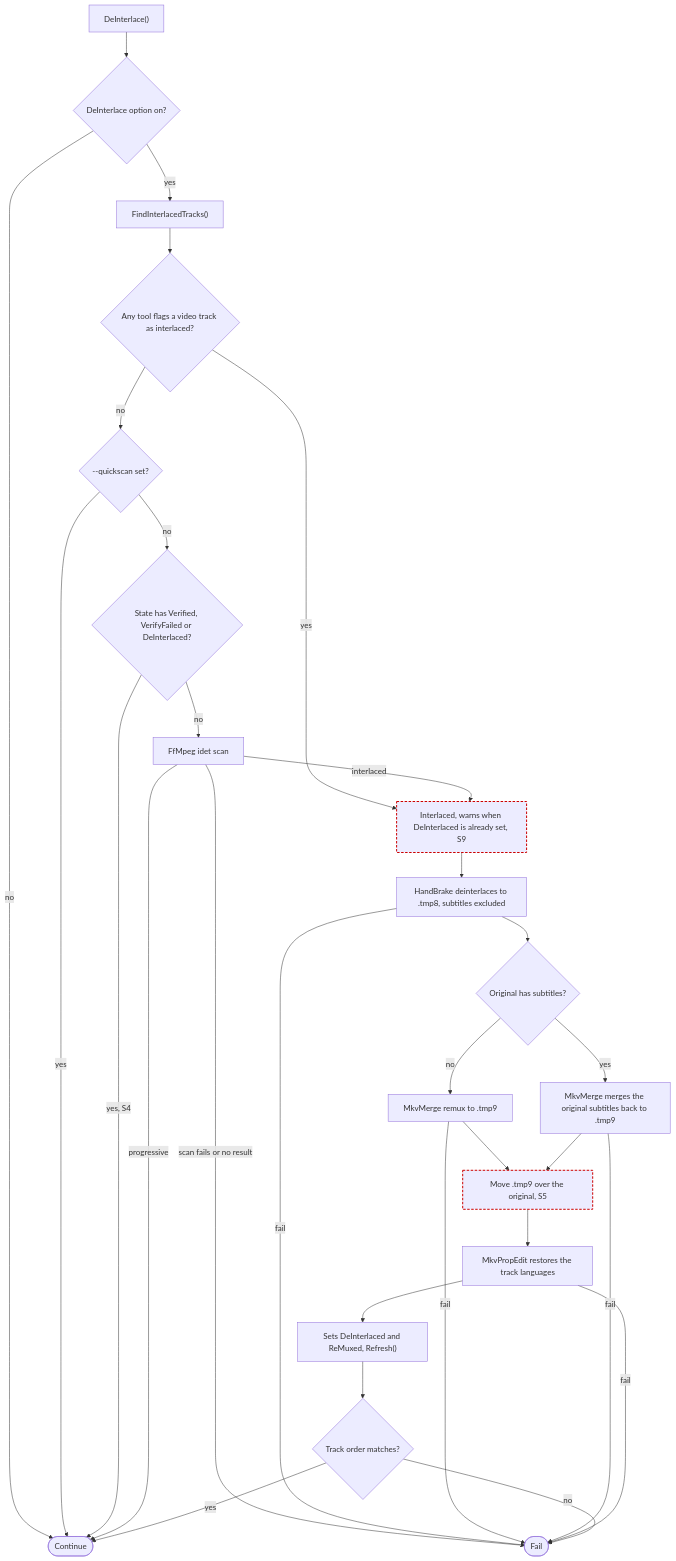
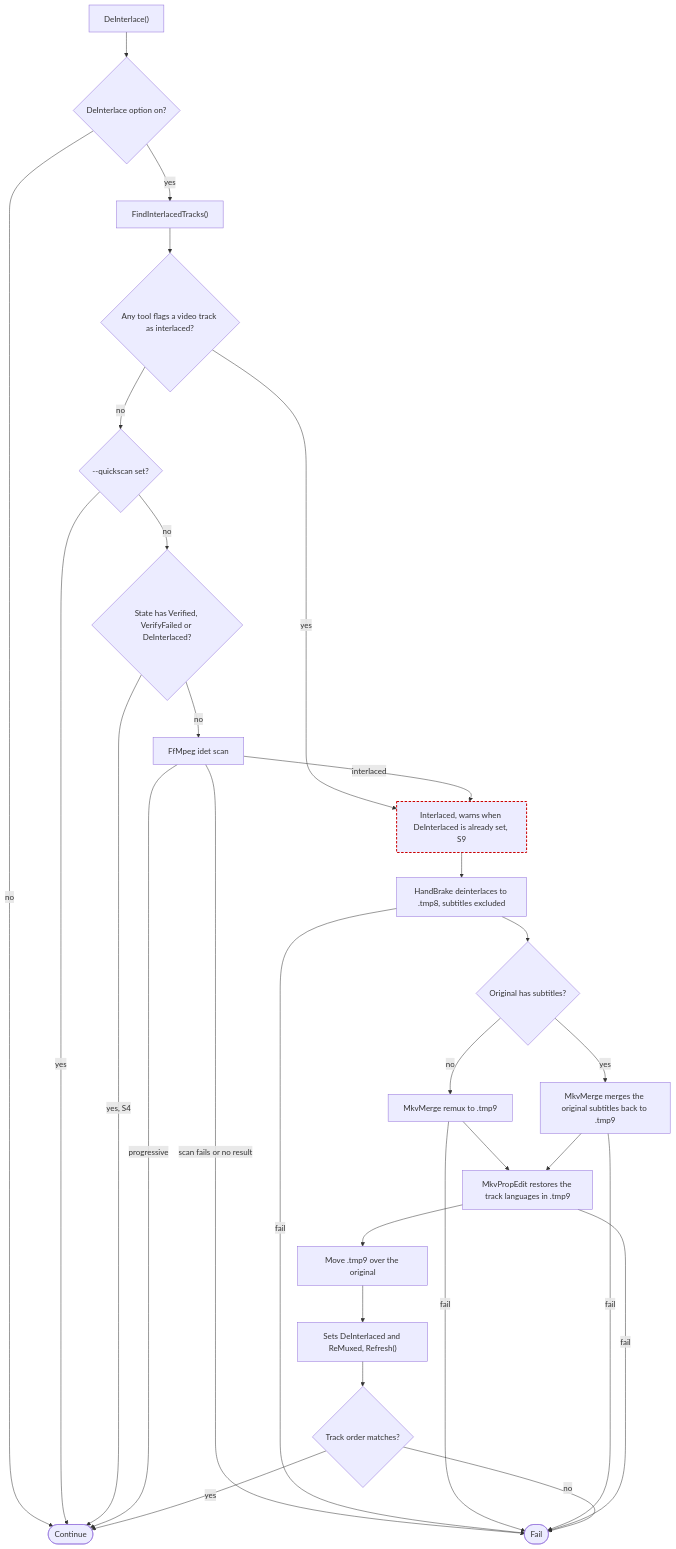
One commit to ptr727/PlexCleaner changed the eighth of 11 diagrams in ARCHITECTURE.md. Above: the diagram before and after it, drawn with Mermaid. The commit also changed other lines of this file and 6 other files, not shown here.

````diff
--- a/ARCHITECTURE.md
+++ b/ARCHITECTURE.md
@@ -544,32 +544,32 @@
 ```mermaid
 flowchart TD
   A0["DeInterlace()"] --> A1{"DeInterlace option on?"}
   A1 -->|no| AOK(["Continue"])
   A1 -->|yes| F0["FindInterlacedTracks()"]
   F0 --> F1{"Any tool flags a video track as interlaced?"}
   F1 -->|yes| FOUND
   F1 -->|no| F2{"--quickscan set?"}
   F2 -->|yes| AOK
   F2 -->|no| F3{"State has Verified, VerifyFailed or DeInterlaced?"}
   F3 -->|"yes, S4"| AOK
   F3 -->|no| F4["FfMpeg idet scan"]
   F4 -->|"scan fails or no result"| FAIL(["Fail"])
   F4 -->|progressive| AOK
   F4 -->|interlaced| FOUND["Interlaced, warns when DeInterlaced is already set, S9"]:::suspect
   FOUND --> D1["HandBrake deinterlaces to .tmp8, subtitles excluded"]
   D1 -->|fail| FAIL
   D1 --> D2{"Original has subtitles?"}
   D2 -->|no| D3["MkvMerge remux to .tmp9"]
   D2 -->|yes| D4["MkvMerge merges the original subtitles back to .tmp9"]
   D3 -->|fail| FAIL
   D4 -->|fail| FAIL
-  D3 --> D5["Move .tmp9 over the original, S5"]:::suspect
+  D3 --> D5["MkvPropEdit restores the track languages in .tmp9"]
   D4 --> D5
-  D5 --> D6["MkvPropEdit restores the track languages"]
-  D6 -->|fail| FAIL
+  D5 -->|fail| FAIL
+  D5 --> D6["Move .tmp9 over the original"]
   D6 --> D7["Sets DeInterlaced and ReMuxed, Refresh()"]
   D7 --> D8{"Track order matches?"}
   D8 -->|no| FAIL
   D8 -->|yes| AOK
   classDef suspect stroke:#c00,stroke-width:2px,stroke-dasharray:5 3
 ```
````
